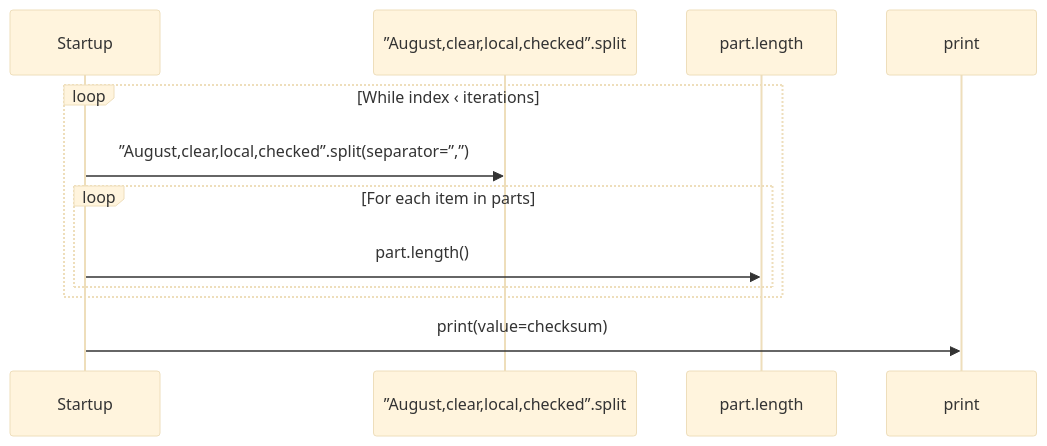
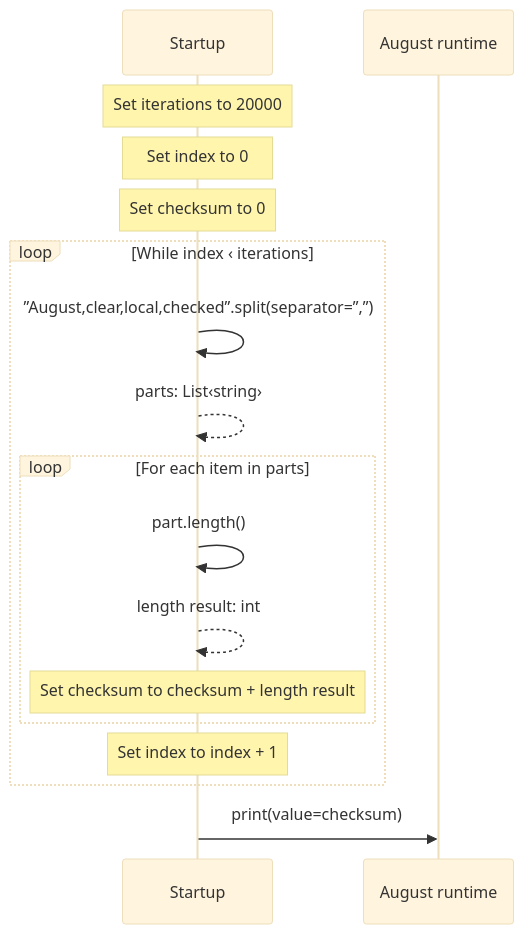
One commit to GreenPandaStudios/augscript changed the diagram in benchmarks/strings/main.aug.diagrams.md. Above: the diagram before and after it, drawn with Mermaid (base theme). The commit also changed 304 other files, not shown here.

Commit message:
Make generated data-flow sequences concise and review every diagram

````diff
--- a/benchmarks/strings/main.aug.diagrams.md
+++ b/benchmarks/strings/main.aug.diagrams.md
@@ -18,14 +18,19 @@
 ```mermaid
 sequenceDiagram
     participant p0 as Startup
-    participant p1 as ”August,clear,local,checked”.split
-    participant p2 as part.length
-    participant p3 as print
+    participant p1 as August runtime
+    Note over p0: Set iterations to 20000
+    Note over p0: Set index to 0
+    Note over p0: Set checksum to 0
     loop While index ‹ iterations
-    p0->>p1: ”August,clear,local,checked”.split(separator=”,”)
+    p0->>p0: ”August,clear,local,checked”.split(separator=”,”)
+    p0-->>p0: parts: List‹string›
     loop For each item in parts
-    p0->>p2: part.length()
+    p0->>p0: part.length()
+    p0-->>p0: length result: int
+    Note over p0: Set checksum to checksum + length result
     end
+    Note over p0: Set index to index + 1
     end
-    p0->>p3: print(value=checksum)
+    p0->>p1: print(value=checksum)
 ```
````
